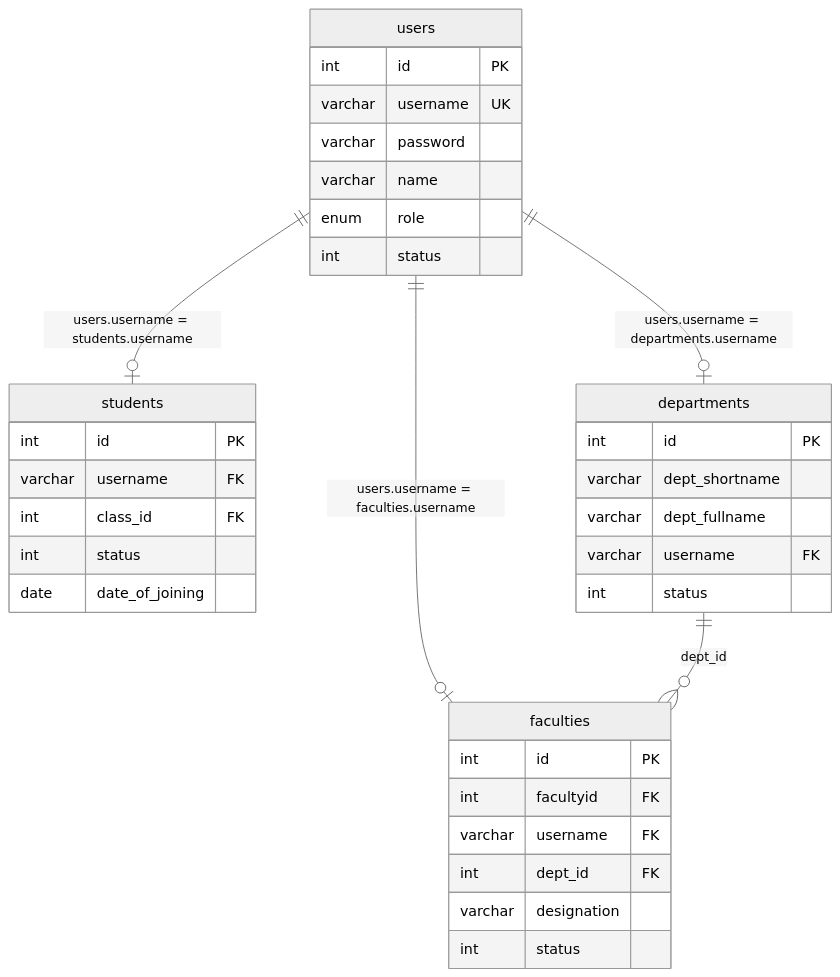
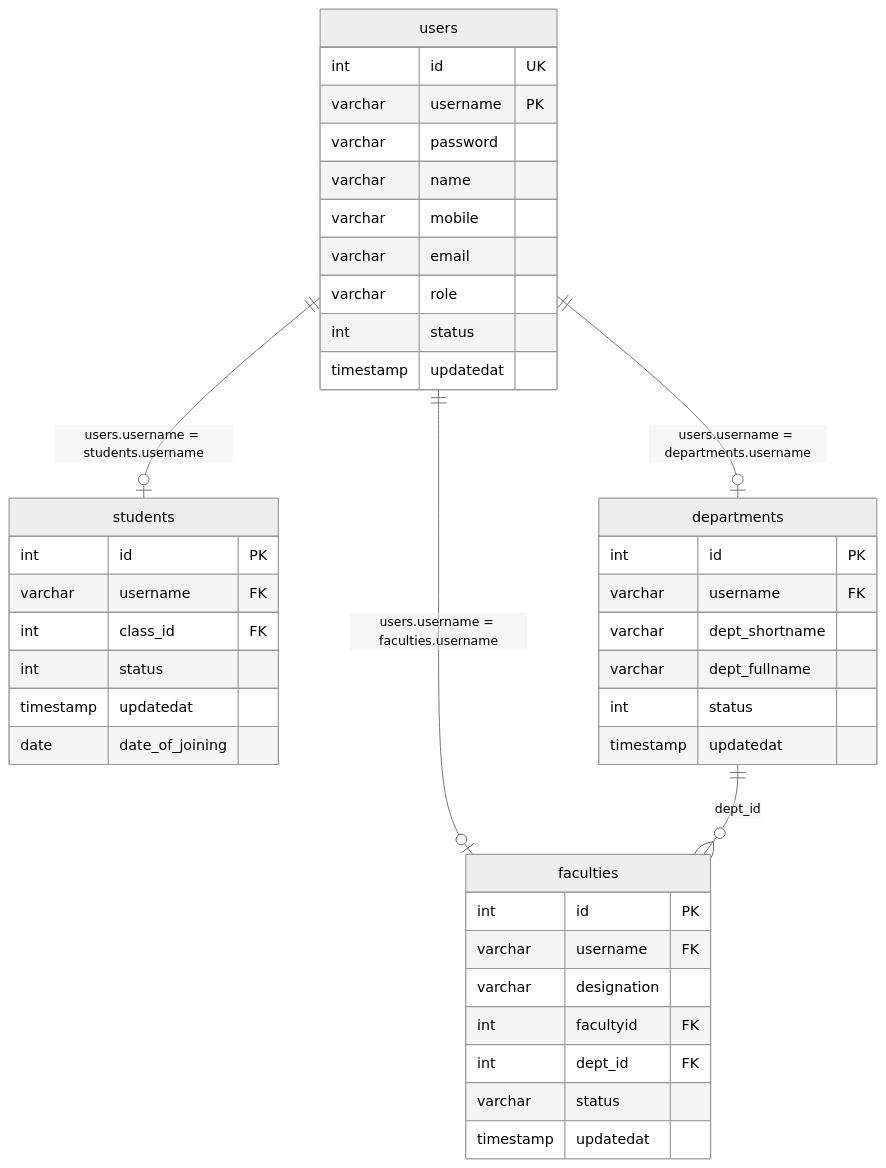
The first of 6 diagrams in docs/database/relationships.md (katamanilprojects/sarb_cea), drawn with Mermaid (neutral theme) before and after one commit. The commit also changed other lines of this file and 9 other files, not shown here.

First line of the commit message:
docs: synchronize database schema, relationships, and feedback workflows

````diff
--- a/docs/database/relationships.md
+++ b/docs/database/relationships.md
@@ -15,41 +15,47 @@
 ```mermaid
 erDiagram
     users {
-        int id PK
-        varchar username UK
+        int id UK
+        varchar username PK
         varchar password
         varchar name
-        enum role
+        varchar mobile
+        varchar email
+        varchar role
         int status
+        timestamp updatedat
     }
 
     faculties {
         int id PK
+        varchar username FK
+        varchar designation
         int facultyid FK
-        varchar username FK
         int dept_id FK
-        varchar designation
-        int status
+        varchar status
+        timestamp updatedat
     }
 
     students {
         int id PK
         varchar username FK
         int class_id FK
         int status
+        timestamp updatedat
         date date_of_joining
     }
 
     departments {
         int id PK
+        varchar username FK
         varchar dept_shortname
         varchar dept_fullname
-        varchar username FK
         int status
+        timestamp updatedat
     }
 
     users ||--o| faculties : "users.username = faculties.username"
     users ||--o| students : "users.username = students.username"
     users ||--o| departments : "users.username = departments.username"
     departments ||--o{ faculties : "dept_id"
 ```
````
